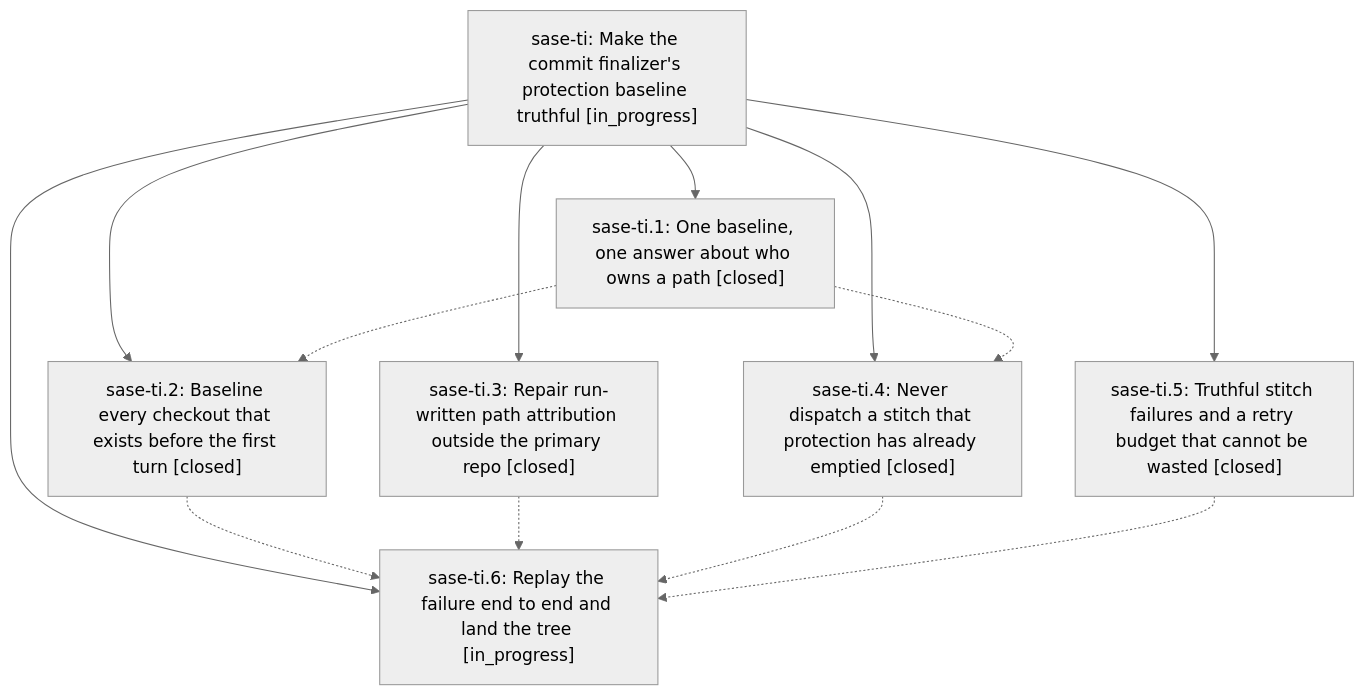
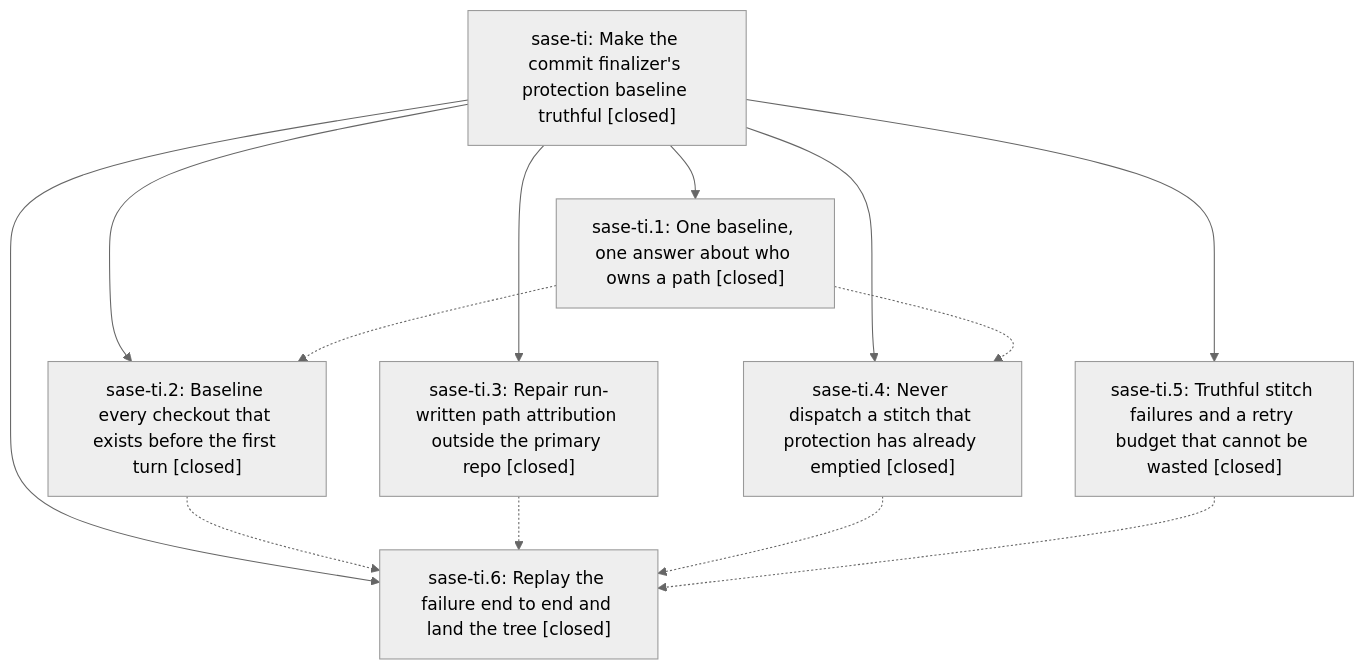
One commit to sase-org/sase--beads changed the diagram in pages/sase-ti/README.md. Above: the diagram before and after it, drawn with Mermaid (neutral theme). The commit also changed other lines of this file and 5 other files, not shown here.

````diff
--- a/pages/sase-ti/README.md
+++ b/pages/sase-ti/README.md
@@ -27,22 +53,22 @@
 ```mermaid
 flowchart TD
-    n0["sase-ti: Make the commit finalizer's protection baseline truthful [in_progress]"]
+    n0["sase-ti: Make the commit finalizer's protection baseline truthful [closed]"]
     n1["sase-ti.1: One baseline, one answer about who owns a path [closed]"]
     n2["sase-ti.2: Baseline every checkout that exists before the first turn [closed]"]
     n3["sase-ti.3: Repair run-written path attribution outside the primary repo [closed]"]
     n4["sase-ti.4: Never dispatch a stitch that protection has already emptied [closed]"]
     n5["sase-ti.5: Truthful stitch failures and a retry budget that cannot be wasted [closed]"]
-    n6["sase-ti.6: Replay the failure end to end and land the tree [in_progress]"]
+    n6["sase-ti.6: Replay the failure end to end and land the tree [closed]"]
     n0 --> n1
     n0 --> n2
     n0 --> n3
     n0 --> n4
     n0 --> n5
     n0 --> n6
     n1 -.-> n2
     n1 -.-> n4
     n2 -.-> n6
     n3 -.-> n6
     n4 -.-> n6
     n5 -.-> n6
 ```
````
